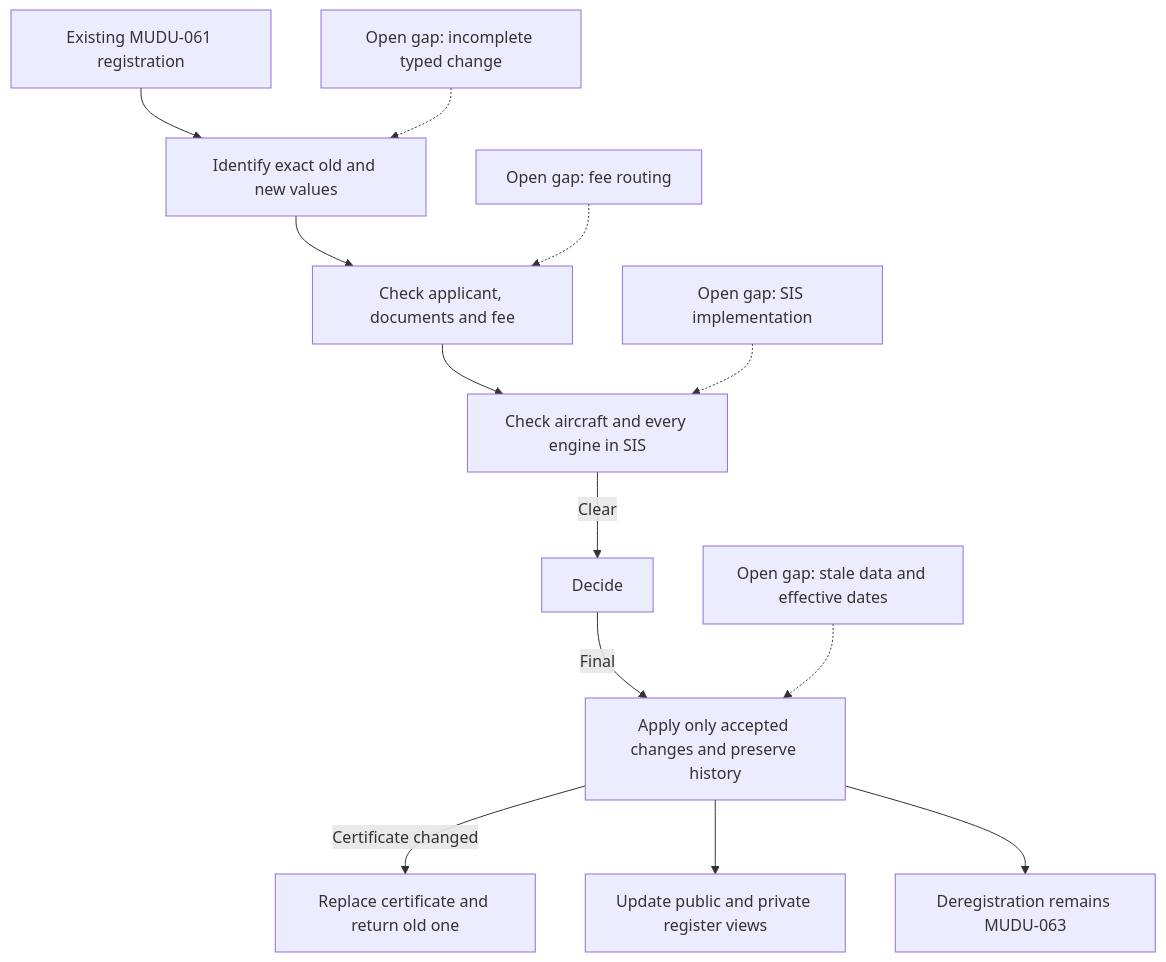
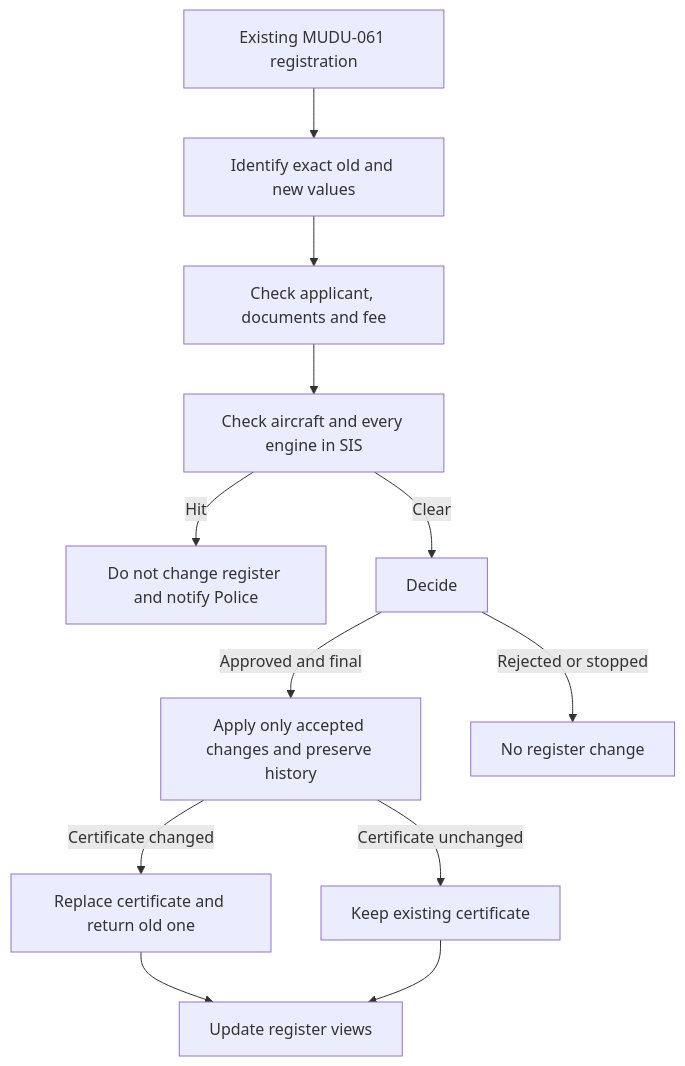
Before and after one commit to fixerivan/mudu-process-definition-standard: the diagram in examples/MUDU-062/graph.md, drawn with Mermaid. The commit also changed other lines of this file and 5 other files, not shown here.

Commit message:
separate process flow from gaps and impacts

````diff
--- a/examples/MUDU-062/graph.md
+++ b/examples/MUDU-062/graph.md
@@ -5,15 +5,14 @@
 ```mermaid
 graph TD
     A["Existing MUDU-061 registration"] --> B["Identify exact old and new values"]
     B --> C["Check applicant, documents and fee"]
     C --> D["Check aircraft and every engine in SIS"]
+    D -->|Hit| X["Do not change register and notify Police"]
     D -->|Clear| E["Decide"]
-    E -->|Final| F["Apply only accepted changes and preserve history"]
+    E -->|Approved and final| F["Apply only accepted changes and preserve history"]
+    E -->|Rejected or stopped| Y["No register change"]
     F -->|Certificate changed| G["Replace certificate and return old one"]
-    F --> H["Update public and private register views"]
-    F --> I["Deregistration remains MUDU-063"]
-    G1["Open gap: incomplete typed change"] -.-> B
-    G2["Open gap: fee routing"] -.-> C
-    G3["Open gap: SIS implementation"] -.-> D
-    G4["Open gap: stale data and effective dates"] -.-> F
+    F -->|Certificate unchanged| H["Keep existing certificate"]
+    G --> I["Update register views"]
+    H --> I
 ```
````
